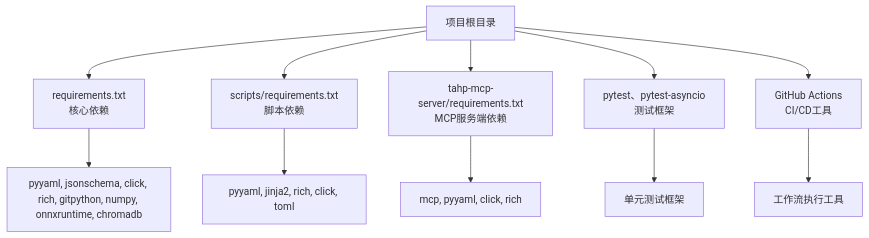
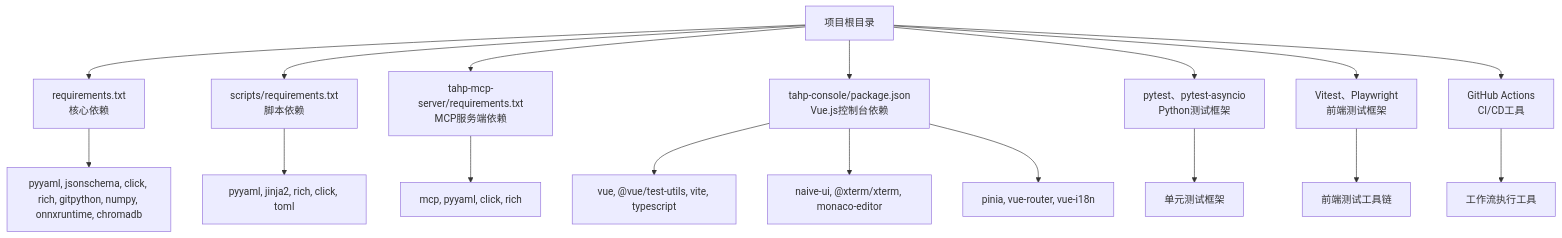
Before and after one commit to afcartevil/automated-test-script: diagram 17 of 17 in .qoder/repowiki/zh/content/开发者指南.md, drawn with Mermaid. The commit also changed other lines of this file and 650 other files, not shown here.

````diff
--- a/.qoder/repowiki/zh/content/开发者指南.md
+++ b/.qoder/repowiki/zh/content/开发者指南.md
@@ -448,13 +650,19 @@
 ```mermaid
 graph TB
 Root["项目根目录"] --> PyReq["requirements.txt<br/>核心依赖"]
 Root --> ScriptsReq["scripts/requirements.txt<br/>脚本依赖"]
 Root --> MCP["tahp-mcp-server/requirements.txt<br/>MCP服务端依赖"]
-Root --> TestDep["pytest、pytest-asyncio<br/>测试框架"]
+Root --> Console["tahp-console/package.json<br/>Vue.js控制台依赖"]
+Root --> TestDep["pytest、pytest-asyncio<br/>Python测试框架"]
+Root --> FrontendTest["Vitest、Playwright<br/>前端测试框架"]
 Root --> CIActions["GitHub Actions<br/>CI/CD工具"]
 PyReq --> Core["pyyaml, jsonschema, click, rich, gitpython, numpy, onnxruntime, chromadb"]
 ScriptsReq --> ScriptCore["pyyaml, jinja2, rich, click, toml"]
 MCP --> MCPDep["mcp, pyyaml, click, rich"]
-TestDep --> TestFramework["单元测试框架"]
+Console --> VueCore["vue, @vue/test-utils, vite, typescript"]
+Console --> UI["naive-ui, @xterm/xterm, monaco-editor"]
+Console --> State["pinia, vue-router, vue-i18n"]
+TestDep --> PythonTest["单元测试框架"]
+FrontendTest --> FETools["前端测试工具链"]
 CIActions --> WorkflowTools["工作流执行工具"]
 ```
````
